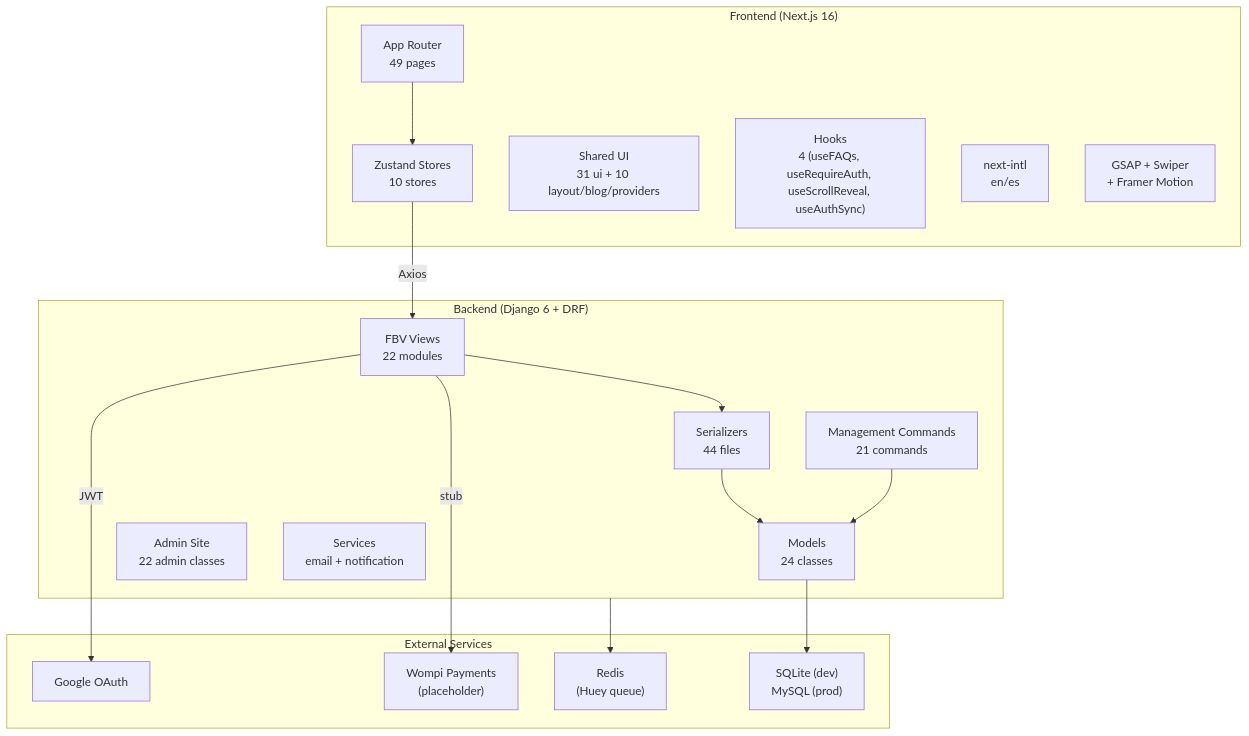
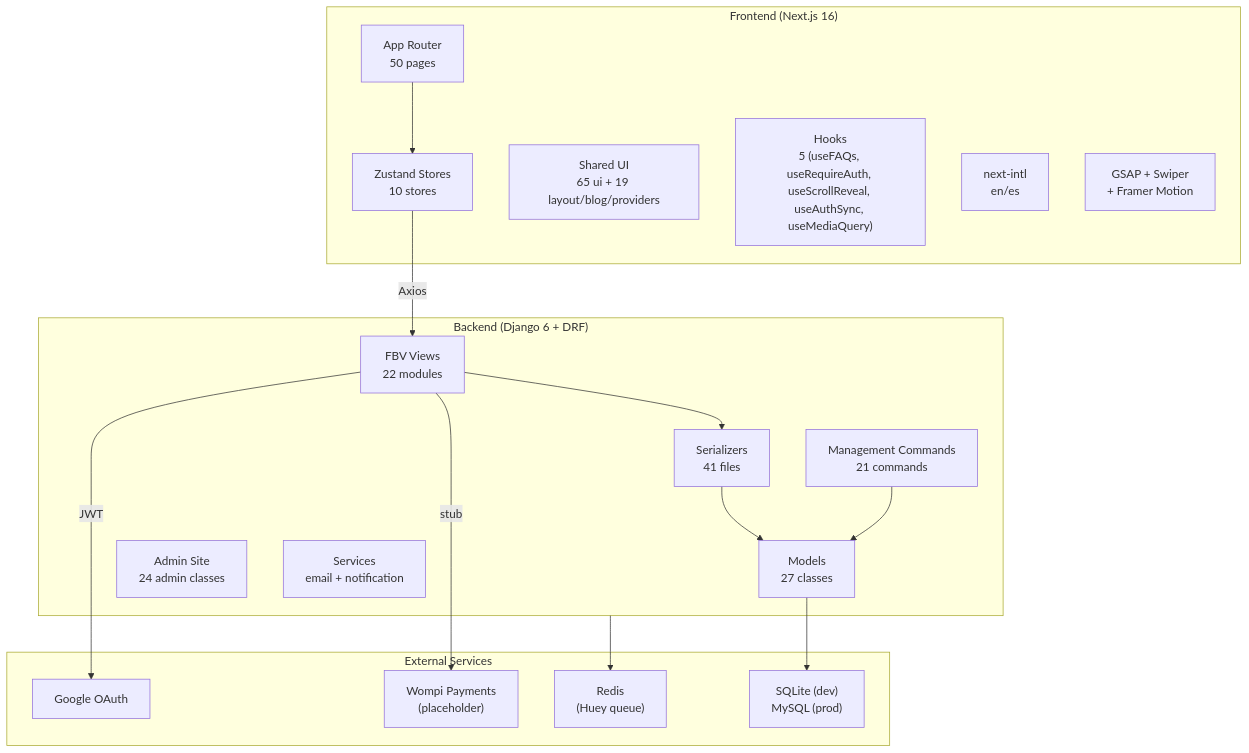
The first of 3 diagrams in docs/methodology/architecture.md (carlos18bp/tuhuella_project), drawn with Mermaid before and after one commit. The commit also changed other lines of this file and 6 other files, not shown here.

````diff
--- a/docs/methodology/architecture.md
+++ b/docs/methodology/architecture.md
@@ -7,37 +7,37 @@
 ```mermaid
 graph TB
     subgraph Frontend["Frontend (Next.js 16)"]
-        AppRouter["App Router<br/>49 pages"]
+        AppRouter["App Router<br/>50 pages"]
         Stores["Zustand Stores<br/>10 stores"]
-        Components["Shared UI<br/>31 ui + 10 layout/blog/providers"]
-        Hooks["Hooks<br/>4 (useFAQs, useRequireAuth, useScrollReveal, useAuthSync)"]
+        Components["Shared UI<br/>65 ui + 19 layout/blog/providers"]
+        Hooks["Hooks<br/>5 (useFAQs, useRequireAuth, useScrollReveal, useAuthSync, useMediaQuery)"]
         I18n["next-intl<br/>en/es"]
         GSAP["GSAP + Swiper<br/>+ Framer Motion"]
     end
 
     subgraph Backend["Backend (Django 6 + DRF)"]
         Views["FBV Views<br/>22 modules"]
-        Serializers["Serializers<br/>44 files"]
-        Models["Models<br/>24 classes"]
-        Admin["Admin Site<br/>22 admin classes"]
+        Serializers["Serializers<br/>41 files"]
+        Models["Models<br/>27 classes"]
+        Admin["Admin Site<br/>24 admin classes"]
         Commands["Management Commands<br/>21 commands"]
         Services["Services<br/>email + notification"]
     end
 
     subgraph External["External Services"]
         Google["Google OAuth"]
         Wompi["Wompi Payments<br/>(placeholder)"]
         Redis["Redis<br/>(Huey queue)"]
         DB["SQLite (dev)<br/>MySQL (prod)"]
     end
 
     AppRouter --> Stores
     Stores -->|Axios| Views
     Views --> Serializers
     Serializers --> Models
     Models --> DB
     Views -->|JWT| Google
     Views -->|stub| Wompi
     Commands --> Models
     Backend --> Redis
 ```
````
